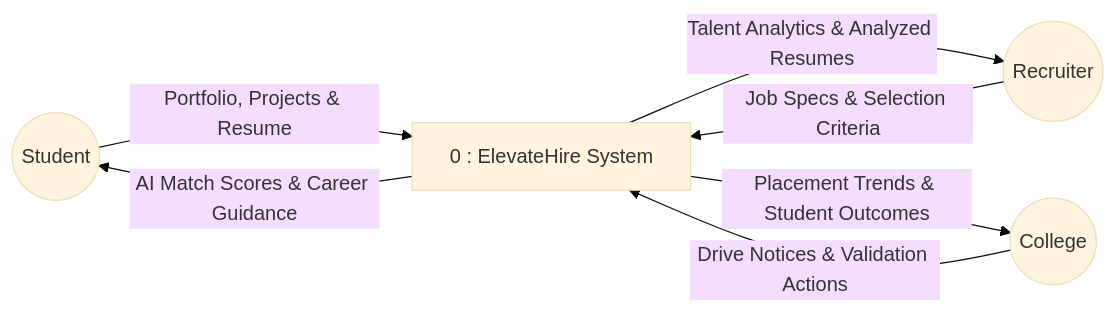
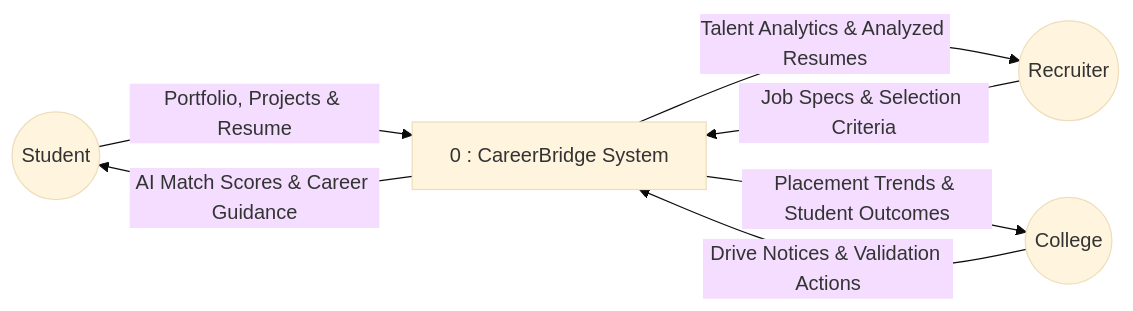
The second of 3 diagrams in docs/CHAPTER_5_DETAILED_DESIGN.md (pranithapoojaryy/careerbridge), drawn with Mermaid (base theme) before and after one commit. The commit also changed other lines of this file and 118 other files, not shown here.

Commit message:
Rebrand project from ElevateHire to CareerBridge

````diff
--- a/docs/CHAPTER_5_DETAILED_DESIGN.md
+++ b/docs/CHAPTER_5_DETAILED_DESIGN.md
@@ -120,19 +120,19 @@
 ```mermaid
 graph LR
     S((Student))
     R((Recruiter))
     C((College))
-    SYS[0 : ElevateHire System]
+    SYS[0 : CareerBridge System]
 
     %% Student Flows
     S -- "Portfolio, Projects & Resume" --> SYS
     SYS -- "AI Match Scores & Career Guidance" --> S
 
     %% Recruiter Flows
     R -- "Job Specs & Selection Criteria" --> SYS
     SYS -- "Talent Analytics & Analyzed Resumes" --> R
 
     %% College Flows
     C -- "Drive Notices & Validation Actions" --> SYS
     SYS -- "Placement Trends & Student Outcomes" --> C
 ```
````
